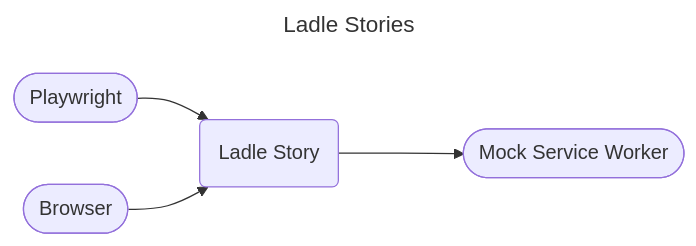
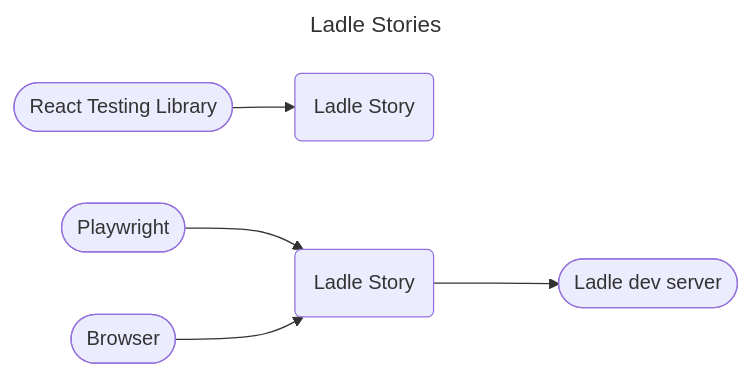
One commit to kiesraad/abacus changed the first of 6 diagrams in documentatie/ontwikkelproces/test-tooling.md. Above: the diagram before and after it, drawn with Mermaid.

Commit message:
fixes test-tooling doc wrt UI elements / Ladle

````diff
--- a/documentatie/ontwikkelproces/test-tooling.md
+++ b/documentatie/ontwikkelproces/test-tooling.md
@@ -22,15 +22,19 @@
 ```mermaid
 ---
 title: Ladle Stories
 ---
 flowchart LR
-    ladle-story(Ladle Story)
+    rtl([React Testing Library])
+    ladle-story-1(Ladle Story)
+    ladle-story-2(Ladle Story)
 
     playwright([Playwright])
     browser([Browser])
-    msw([Mock Service Worker])
+    ladle-dev-server([Ladle dev server])
 
-    playwright --> ladle-story
-    browser --> ladle-story
-    ladle-story ---> msw
+    rtl --> ladle-story-1
+
+    playwright --> ladle-story-2
+    browser --> ladle-story-2
+    ladle-story-2 ---> ladle-dev-server
 ```
````
